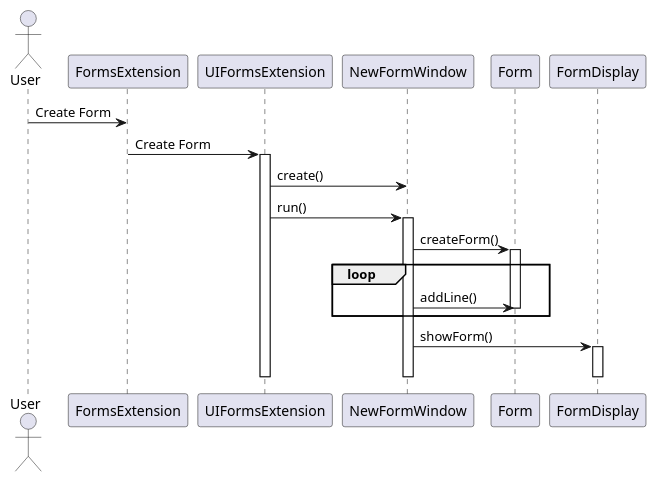
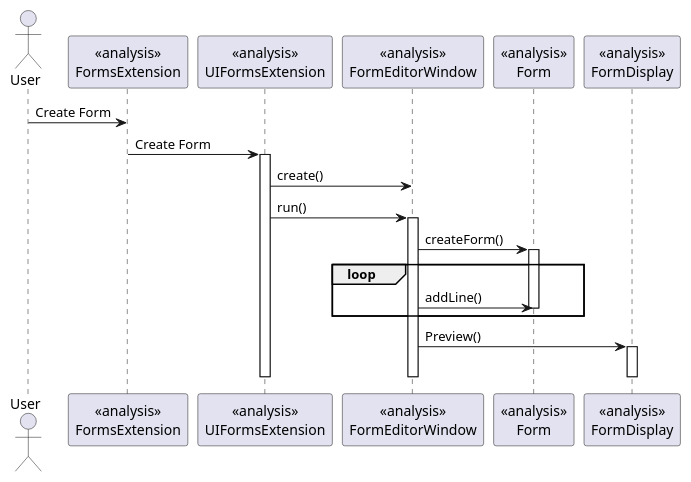
The diagram in src/csheets/userstories/macros07_01/editor_de_formularios/i120810/macros07_01_analysis.puml (1130348/Confusao), drawn with PlantUML before and after one commit. The commit also changed 3 other files, not shown here.

```diff
--- a/src/csheets/userstories/macros07_01/editor_de_formularios/i120810/macros07_01_analysis.puml
+++ b/src/csheets/userstories/macros07_01/editor_de_formularios/i120810/macros07_01_analysis.puml
@@ -1,32 +1,30 @@
-  @startuml doc-files/macros07_01_analysis.png
+@startuml doc-files/macros07_01_analysis.png
 
  actor User
- participant "FormsExtension" as MBE
- participant "UIFormsExtension" as UIEMB
- participant "NewFormWindow" as NFW
- participant "Form" as MB
- participant "FormDisplay" as FD
+ participant "<<analysis>>\nFormsExtension" as FE
+ participant "<<analysis>>\nUIFormsExtension" as UIFE
+ participant "<<analysis>>\nFormEditorWindow" as NFW
+ participant "<<analysis>>\nForm" as MB
+ participant "<<analysis>>\nFormDisplay" as FD
   
 
- User -> MBE: Create Form
-MBE -> UIEMB: Create Form
- activate UIEMB
- UIEMB -> NFW: create()
- UIEMB -> NFW: run()
+ User -> FE: Create Form
+FE -> UIFE: Create Form
+ activate UIFE
+ UIFE -> NFW: create()
+ UIFE -> NFW: run()
  activate NFW
  MB<- NFW: createForm()
  activate MB
  loop
  MB <- NFW: addLine()
  deactivate MB
  end
- NFW -> FD: showForm()
+ NFW -> FD: Preview()
  activate FD
  deactivate FD
  deactivate NFW
- deactivate UIEMB
- deactivate MBE
-
-
+ deactivate UIFE
+ deactivate FE
 
 @enduml
```
